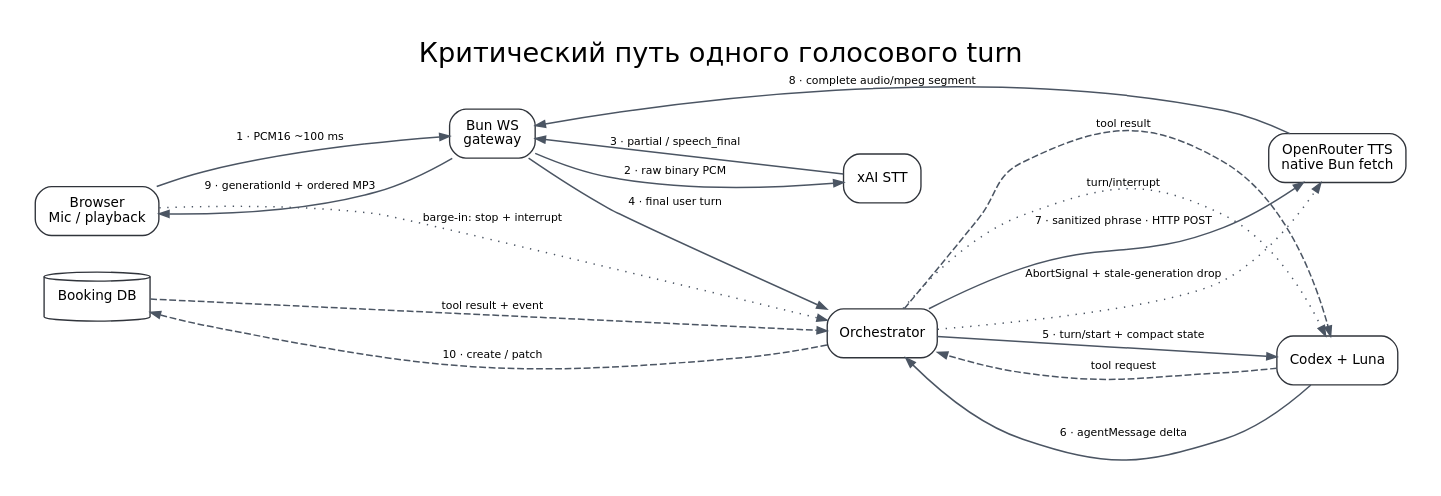
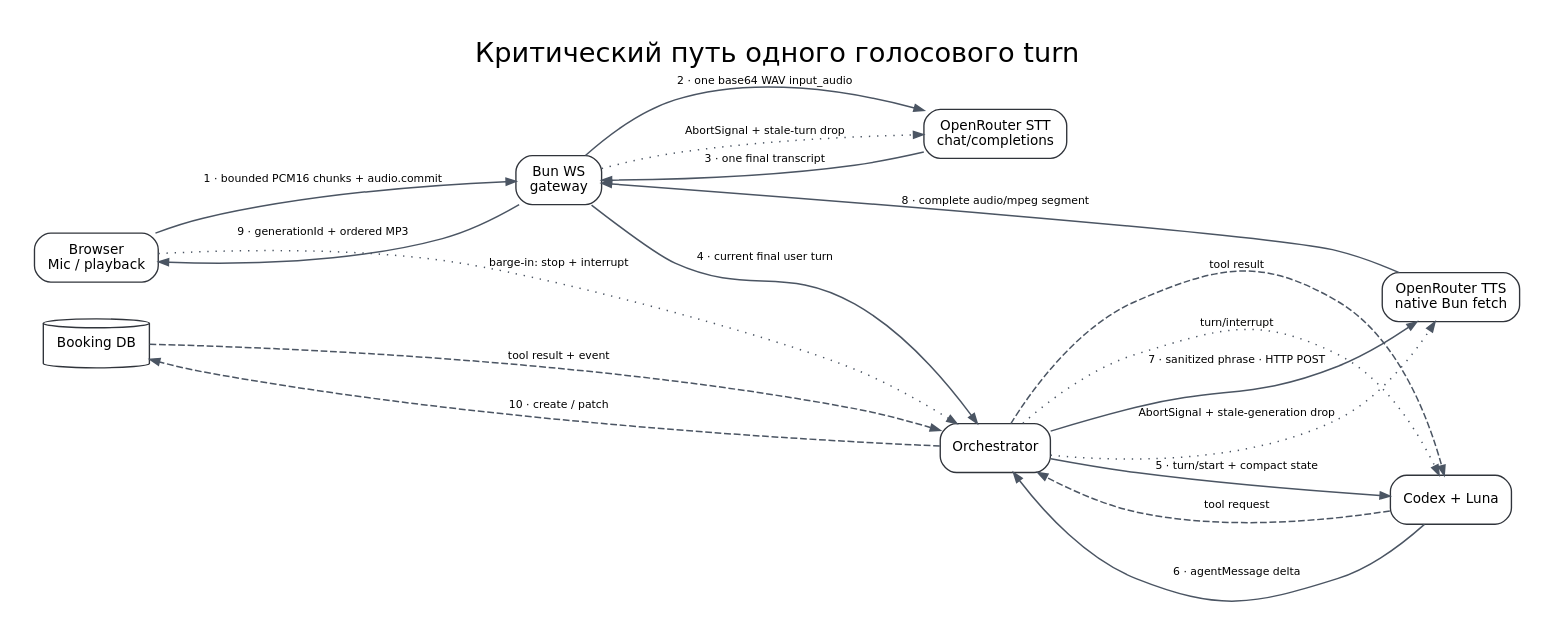
The diagram in diagrams/02-turn-sequence.dot (blockedby/botamin-voice), drawn with Graphviz before and after one commit. The commit also changed 53 other files, not shown here.

First line of the commit message:
docs: make OpenRouter the only voice gateway (#8)

```diff
--- a/diagrams/02-turn-sequence.dot
+++ b/diagrams/02-turn-sequence.dot
@@ -1,32 +1,33 @@
 digraph G {
   graph [rankdir=LR, bgcolor="white", pad="0.25", nodesep="0.35", ranksep="0.9", fontname="DejaVu Sans", label="Критический путь одного голосового turn", labelloc=t, fontsize=20];
   node [shape=box, style="rounded,filled", fillcolor="white", color="#30343b", fontname="DejaVu Sans", fontsize=10, margin="0.14,0.09"];
   edge [color="#4b5563", penwidth=1.1, arrowsize=0.72, fontname="DejaVu Sans", fontsize=8];
 
   b [label="Browser\nMic / playback"];
   g [label="Bun WS\ngateway"];
-  s [label="xAI STT"];
+  s [label="OpenRouter STT\nchat/completions"];
   o [label="Orchestrator"];
   l [label="Codex + Luna"];
   d [shape=cylinder, label="Booking DB"];
   t [label="OpenRouter TTS\nnative Bun fetch"];
 
-  b -> g [label="1 · PCM16 ~100 ms", weight=3];
-  g -> s [label="2 · raw binary PCM", weight=3];
-  s -> g [label="3 · partial / speech_final", weight=3];
-  g -> o [label="4 · final user turn", weight=3];
+  b -> g [label="1 · bounded PCM16 chunks + audio.commit", weight=3];
+  g -> s [label="2 · one base64 WAV input_audio", weight=3];
+  s -> g [label="3 · one final transcript", weight=3];
+  g -> o [label="4 · current final user turn", weight=3];
   o -> l [label="5 · turn/start + compact state", weight=3];
   l -> o [label="6 · agentMessage delta", weight=3];
   o -> t [label="7 · sanitized phrase · HTTP POST", weight=3];
   t -> g [label="8 · complete audio/mpeg segment", weight=3];
   g -> b [label="9 · generationId + ordered MP3", weight=3];
 
   l -> o [label="tool request", style=dashed, constraint=false];
   o -> d [label="10 · create / patch", style=dashed, constraint=false];
   d -> o [label="tool result + event", style=dashed, constraint=false];
   o -> l [label="tool result", style=dashed, constraint=false];
 
   b -> o [label="barge-in: stop + interrupt", style=dotted, constraint=false];
   o -> l [label="turn/interrupt", style=dotted, constraint=false];
+  g -> s [label="AbortSignal + stale-turn drop", style=dotted, constraint=false];
   o -> t [label="AbortSignal + stale-generation drop", style=dotted, constraint=false];
 }
```
